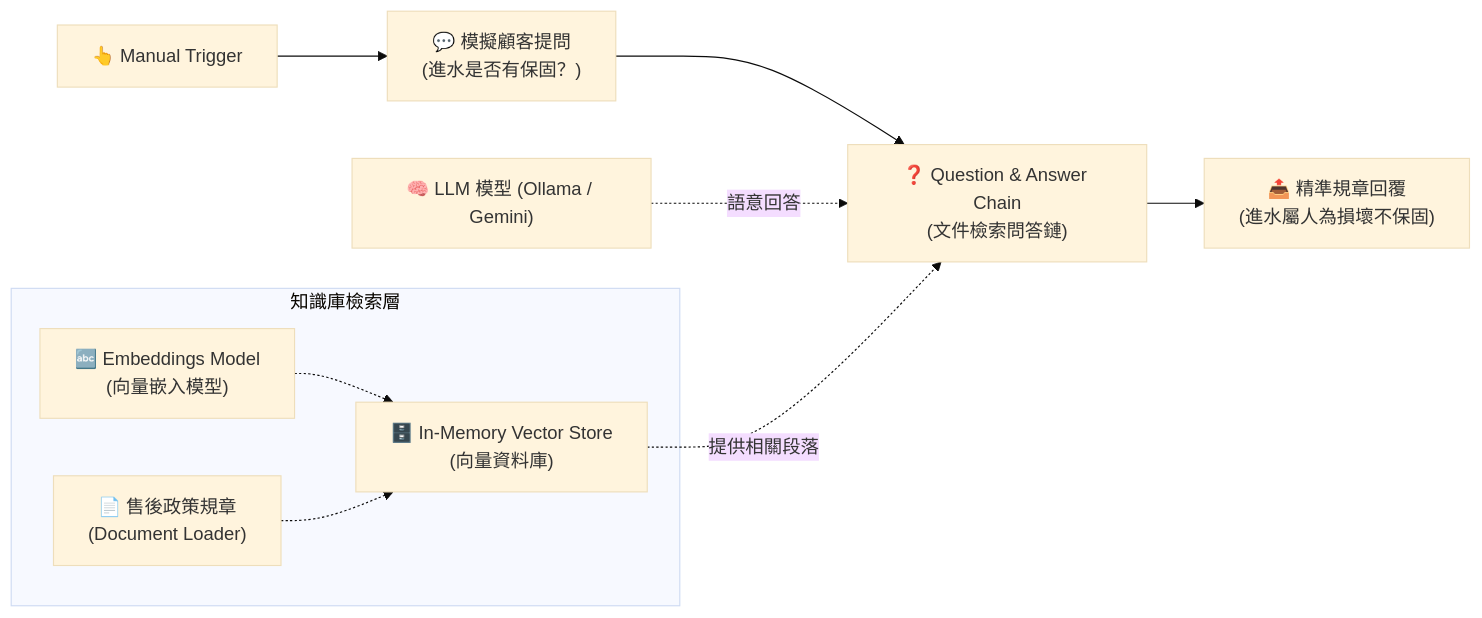
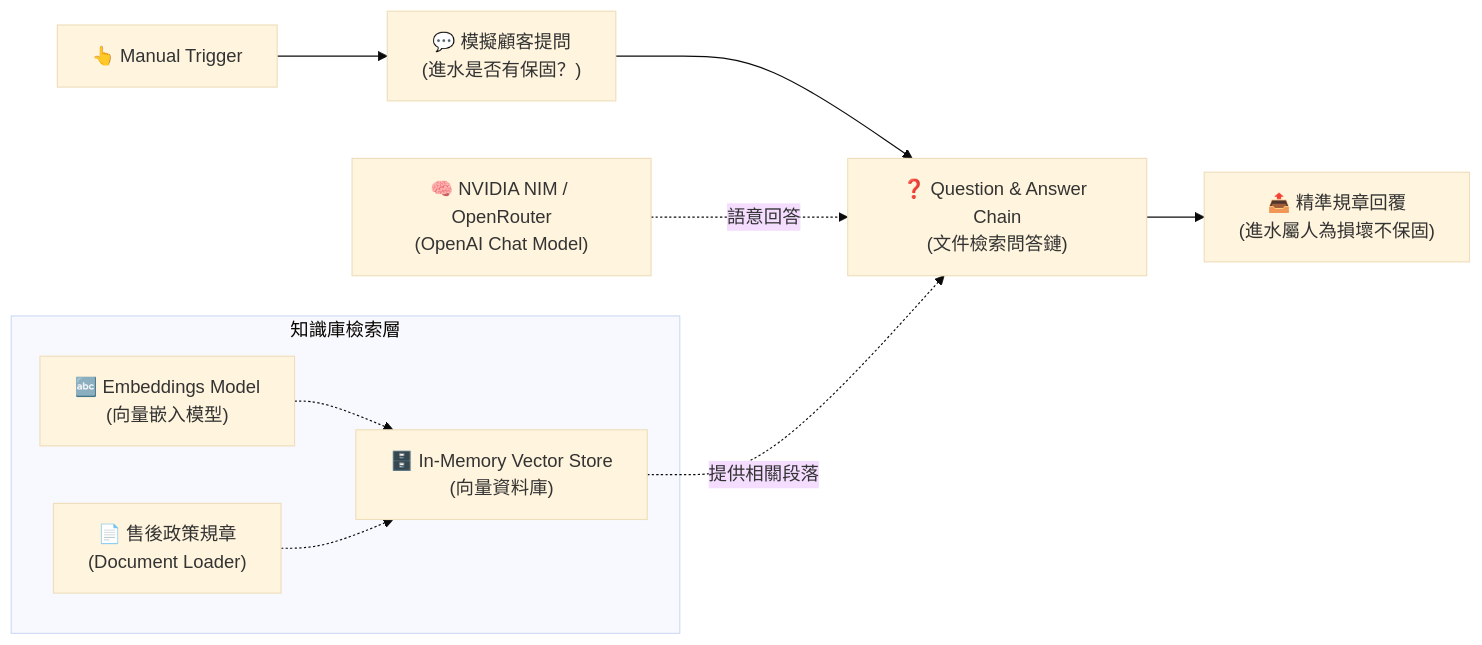
One commit to roberthsu2003/n8n changed the diagram in AI_Agent/Question_and_Answer_Chain/README.md. Above: the diagram before and after it, drawn with Mermaid (base theme). The commit also changed other lines of this file and 12 other files, not shown here.

````diff
--- a/AI_Agent/Question_and_Answer_Chain/README.md
+++ b/AI_Agent/Question_and_Answer_Chain/README.md
@@ -13,17 +17,17 @@
 ```mermaid
 flowchart LR
     Trigger["👆 Manual Trigger"] --> Question["💬 模擬顧客提問<br/>(進水是否有保固？)"]
     Question --> QAChain["❓ Question & Answer Chain<br/>(文件檢索問答鏈)"]
     
     subgraph Knowledge_Layer["知識庫檢索層"]
         VectorStore["🗄️ In-Memory Vector Store<br/>(向量資料庫)"]
         Embeddings["🔤 Embeddings Model<br/>(向量嵌入模型)"]
         DocLoader["📄 售後政策規章<br/>(Document Loader)"]
         Embeddings -.-> VectorStore
         DocLoader -.-> VectorStore
     end
     
-    Model["🧠 LLM 模型 (Ollama / Gemini)"] -.->|語意回答| QAChain
+    Model["🧠 NVIDIA NIM / OpenRouter<br/>(OpenAI Chat Model)"] -.->|語意回答| QAChain
     VectorStore -.->|提供相關段落| QAChain
     QAChain --> Output["📤 精準規章回覆<br/>(進水屬人為損壞不保固)"]
 ```
````
